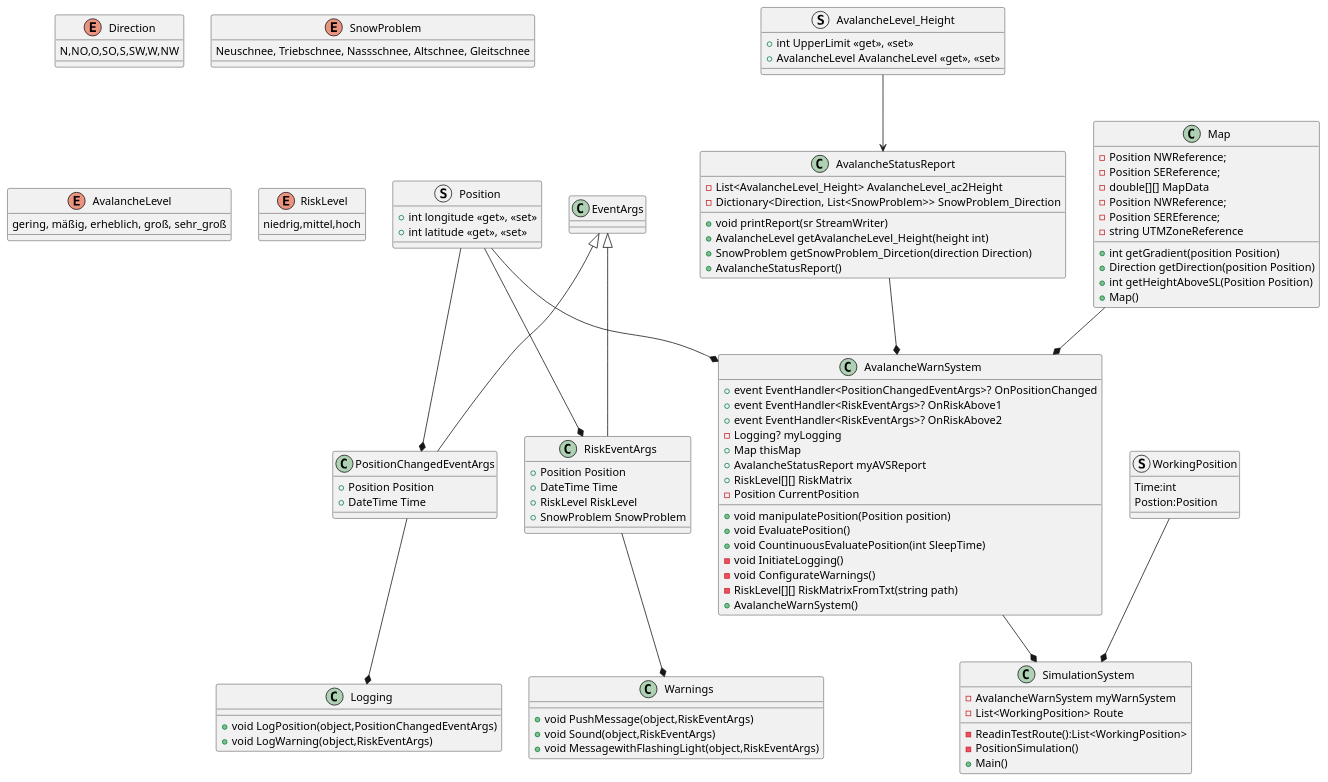
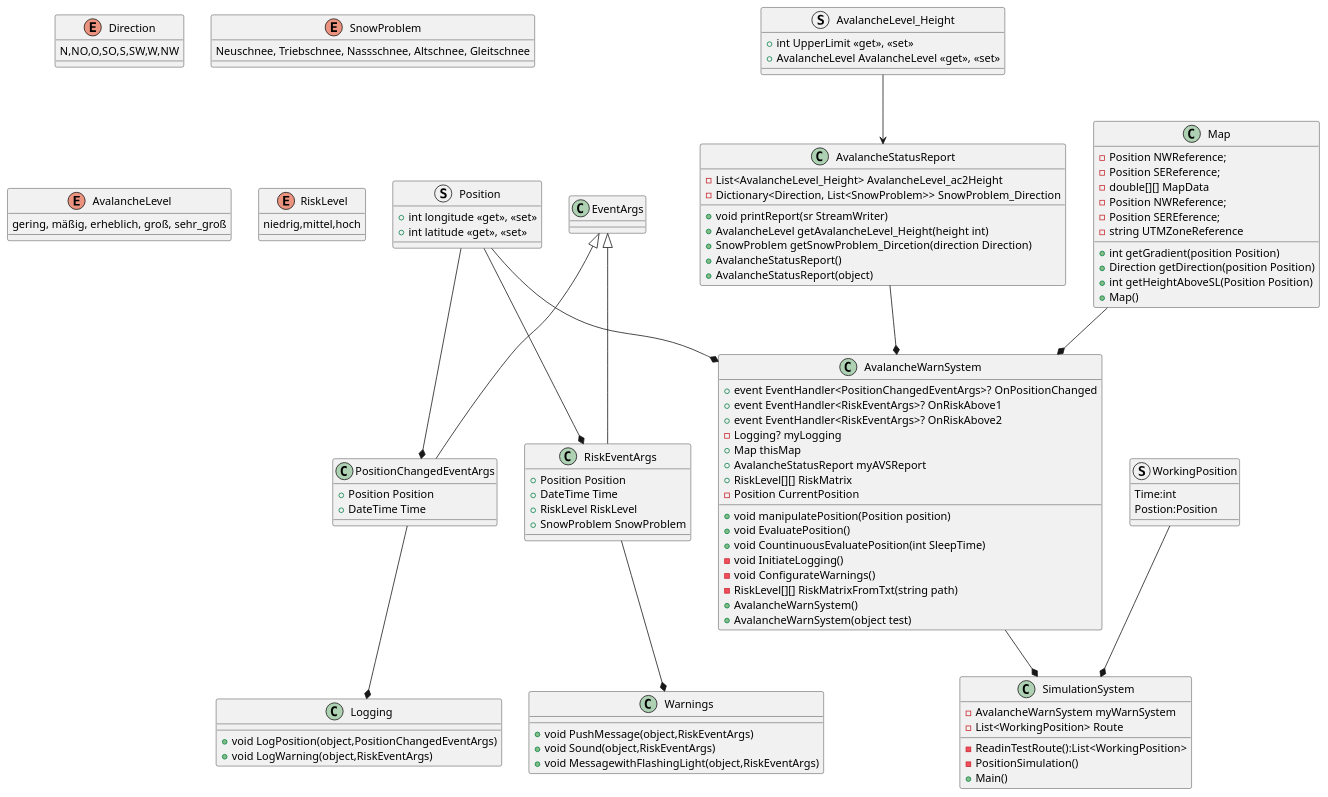
Before and after one commit to ganz-anders/poorgrammar: the diagram in ClassDiagram.puml, drawn with PlantUML. The commit also changed 5 other files, not shown here.

```diff
--- a/ClassDiagram.puml
+++ b/ClassDiagram.puml
@@ -1,131 +1,133 @@
 @startuml ClassDiagram
 enum Direction
 {
     N,NO,O,SO,S,SW,W,NW
 }
 
 enum SnowProblem
 {
     Neuschnee, Triebschnee, Nassschnee, Altschnee, Gleitschnee
 }
 
 enum AvalancheLevel
 {
     gering, mäßig, erheblich, groß, sehr_groß
 }
 
 enum RiskLevel
 {
     niedrig,mittel,hoch
 }
 
 struct Position
 {
     + int longitude <<get>>, <<set>>
     + int latitude <<get>>, <<set>>
 }
 
 struct AvalancheLevel_Height
 {
     + int UpperLimit <<get>>, <<set>>
     + AvalancheLevel AvalancheLevel <<get>>, <<set>>
 }
 
 class AvalancheStatusReport
 {
     - List<AvalancheLevel_Height> AvalancheLevel_ac2Height
     - Dictionary<Direction, List<SnowProblem>> SnowProblem_Direction
     + void printReport(sr StreamWriter)
     + AvalancheLevel getAvalancheLevel_Height(height int)
     + SnowProblem getSnowProblem_Dircetion(direction Direction)
     + AvalancheStatusReport()
+    + AvalancheStatusReport(object)
 }
 
 class Map
 {
     - Position NWReference;
     - Position SEReference;
     - double[][] MapData
     - Position NWReference;
     - Position SEREference;
     - string UTMZoneReference
     + int getGradient(position Position)
     + Direction getDirection(position Position)
     + int getHeightAboveSL(Position Position)
     + Map()
 }
 
 class Warnings
 {
     + void PushMessage(object,RiskEventArgs)
     + void Sound(object,RiskEventArgs)
     + void MessagewithFlashingLight(object,RiskEventArgs)
 }
 
 class Logging
 {
     + void LogPosition(object,PositionChangedEventArgs)
     + void LogWarning(object,RiskEventArgs)
 }
 
 class PositionChangedEventArgs
 {
     + Position Position
     + DateTime Time
 }
 
 class RiskEventArgs
 {
     + Position Position
     + DateTime Time
     + RiskLevel RiskLevel
     + SnowProblem SnowProblem
 }
 
 class AvalancheWarnSystem
 {
     + event EventHandler<PositionChangedEventArgs>? OnPositionChanged
     + event EventHandler<RiskEventArgs>? OnRiskAbove1
     + event EventHandler<RiskEventArgs>? OnRiskAbove2
     - Logging? myLogging
     + Map thisMap
     + AvalancheStatusReport myAVSReport
     + RiskLevel[][] RiskMatrix
     - Position CurrentPosition 
     + void manipulatePosition(Position position)
     + void EvaluatePosition()
     + void CountinuousEvaluatePosition(int SleepTime)
     - void InitiateLogging()
     - void ConfigurateWarnings()
     - RiskLevel[][] RiskMatrixFromTxt(string path)
     + AvalancheWarnSystem()
+    + AvalancheWarnSystem(object test)
 }
 
 struct WorkingPosition
 {
     Time:int
     Postion:Position    
 }
 class SimulationSystem
 {
     - AvalancheWarnSystem myWarnSystem
     - List<WorkingPosition> Route
     - ReadinTestRoute():List<WorkingPosition>
     - PositionSimulation()
     + Main()
 }
 
 RiskEventArgs --* Warnings
 PositionChangedEventArgs --* Logging
 EventArgs <|-- RiskEventArgs
 EventArgs <|-- PositionChangedEventArgs
 AvalancheLevel_Height --> AvalancheStatusReport
 Position --* RiskEventArgs
 Position --* PositionChangedEventArgs
 Position --* AvalancheWarnSystem
 AvalancheStatusReport --* AvalancheWarnSystem
 Map --* AvalancheWarnSystem
 AvalancheWarnSystem --* SimulationSystem
 WorkingPosition --* SimulationSystem
 
 @enduml
```
